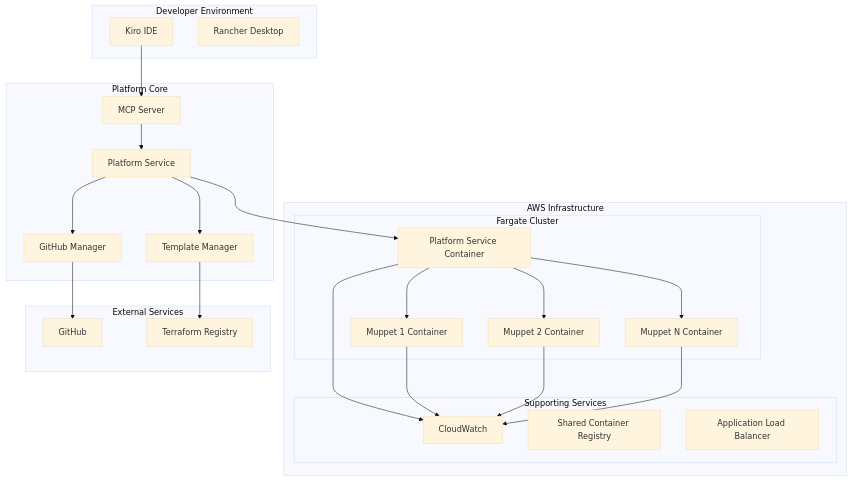
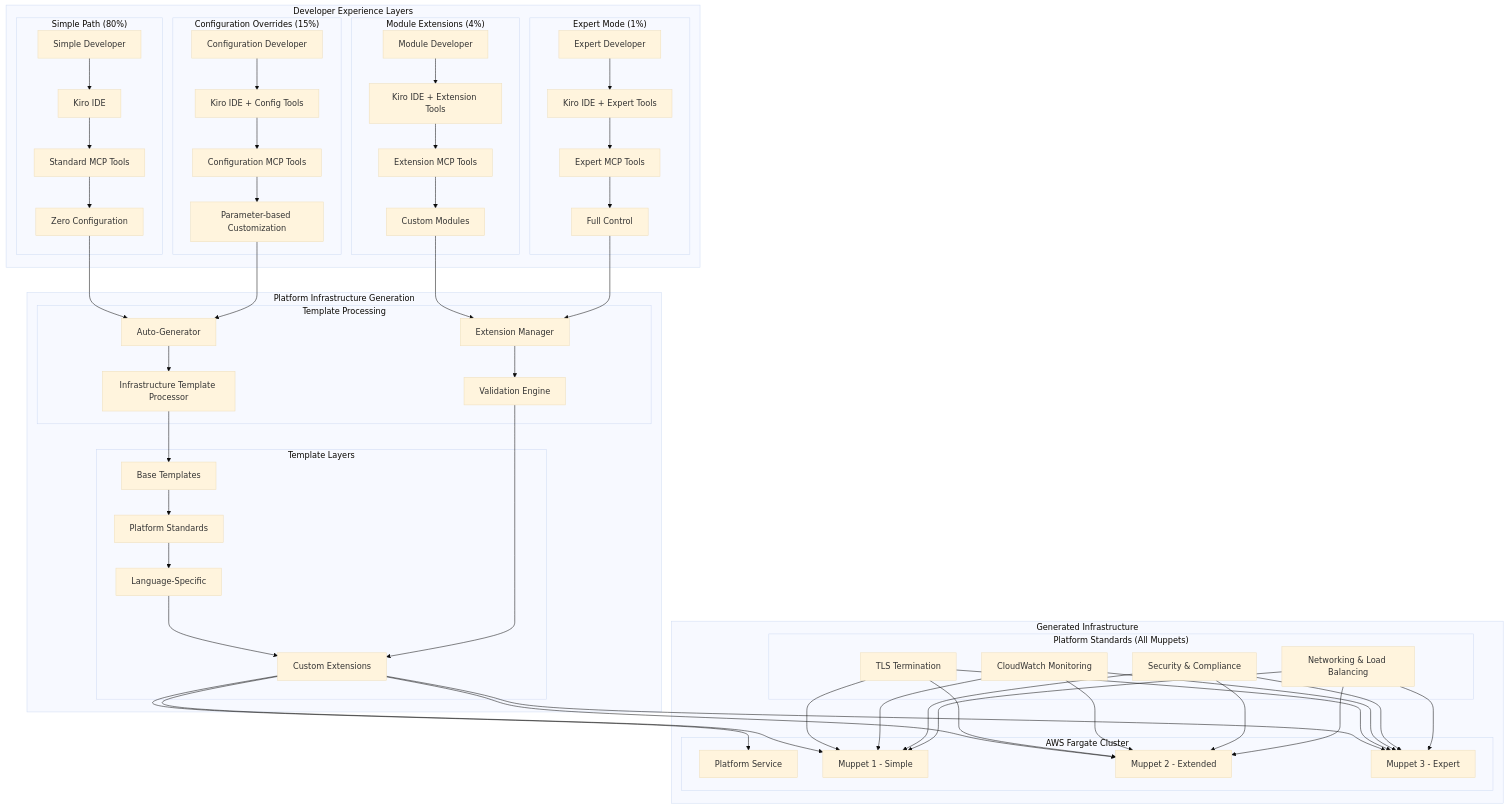
The diagram in .kiro/specs/muppet-platform/design.md (muppet-platform/muppets), drawn with Mermaid (base theme) before and after one commit. The commit also changed other lines of this file and 46 other files, not shown here.

First line of the commit message:
feat: Complete Phase 1 - Infrastructure Template Consolidation (Task 19.4)

````diff
--- a/.kiro/specs/muppet-platform/design.md
+++ b/.kiro/specs/muppet-platform/design.md
@@ -56,50 +96,117 @@
 ```mermaid
 graph TB
-    subgraph "Developer Environment"
-        K[Kiro IDE]
-        RD[Rancher Desktop]
-    end
-    
-    subgraph "Platform Core"
-        MCP[MCP Server]
-        PS[Platform Service]
-        TM[Template Manager]
-        GM[GitHub Manager]
-    end
-    
-    subgraph "AWS Infrastructure"
-        subgraph "Fargate Cluster"
-            PF[Platform Service Container]
-            M1[Muppet 1 Container]
-            M2[Muppet 2 Container]
-            MN[Muppet N Container]
+    subgraph "Developer Experience Layers"
+        subgraph "Simple Path (80%)"
+            SD[Simple Developer]
+            SK[Kiro IDE]
+            SMCP[Standard MCP Tools]
+            ZC[Zero Configuration]
         end
         
-        subgraph "Supporting Services"
-            CW[CloudWatch]
-            ECR[Shared Container Registry]
-            ALB[Application Load Balancer]
+        subgraph "Configuration Overrides (15%)"
+            CD[Configuration Developer]
+            CK[Kiro IDE + Config Tools]
+            CMCP[Configuration MCP Tools]
+            PC[Parameter-based Customization]
+        end
+        
+        subgraph "Module Extensions (4%)"
+            MD[Module Developer]
+            MK[Kiro IDE + Extension Tools]
+            MMCP[Extension MCP Tools]
+            CM[Custom Modules]
+        end
+        
+        subgraph "Expert Mode (1%)"
+            ED[Expert Developer]
+            EK[Kiro IDE + Expert Tools]
+            EMCP[Expert MCP Tools]
+            FC[Full Control]
         end
     end
     
-    subgraph "External Services"
-        GH[GitHub]
-        TR[Terraform Registry]
+    subgraph "Platform Infrastructure Generation"
+        subgraph "Template Processing"
+            AG[Auto-Generator]
+            ITP[Infrastructure Template Processor]
+            EXT[Extension Manager]
+            VAL[Validation Engine]
+        end
+        
+        subgraph "Template Layers"
+            BASE[Base Templates]
+            PLAT[Platform Standards]
+            LANG[Language-Specific]
+            CUST[Custom Extensions]
+        end
     end
     
-    K --> MCP
-    MCP --> PS
-    PS --> TM
-    PS --> GM
-    GM --> GH
-    TM --> TR
-    PS --> PF
-    PF --> M1
-    PF --> M2
-    PF --> MN
+    subgraph "Generated Infrastructure"
+        subgraph "AWS Fargate Cluster"
+            PF[Platform Service]
+            M1[Muppet 1 - Simple]
+            M2[Muppet 2 - Extended]
+            M3[Muppet 3 - Expert]
+        end
+        
+        subgraph "Platform Standards (All Muppets)"
+            TLS[TLS Termination]
+            MON[CloudWatch Monitoring]
+            SEC[Security & Compliance]
+            NET[Networking & Load Balancing]
+        end
+    end
     
-    PF --> CW
-    M1 --> CW
-    M2 --> CW
-    MN --> CW
+    %% Simple Path
+    SD --> SK
+    SK --> SMCP
+    SMCP --> ZC
+    ZC --> AG
+    
+    %% Configuration Path
+    CD --> CK
+    CK --> CMCP
+    CMCP --> PC
+    PC --> AG
+    
+    %% Extension Path
+    MD --> MK
+    MK --> MMCP
+    MMCP --> CM
+    CM --> EXT
+    
+    %% Expert Path
+    ED --> EK
+    EK --> EMCP
+    EMCP --> FC
+    FC --> EXT
+    
+    %% Template Processing
+    AG --> ITP
+    ITP --> BASE
+    BASE --> PLAT
+    PLAT --> LANG
+    LANG --> CUST
+    EXT --> VAL
+    VAL --> CUST
+    
+    %% Infrastructure Generation
+    CUST --> PF
+    CUST --> M1
+    CUST --> M2
+    CUST --> M3
+    
+    %% Platform Standards Applied to All
+    TLS --> M1
+    TLS --> M2
+    TLS --> M3
+    MON --> M1
+    MON --> M2
+    MON --> M3
+    SEC --> M1
+    SEC --> M2
+    SEC --> M3
+    NET --> M1
+    NET --> M2
+    NET --> M3
 ```
````
